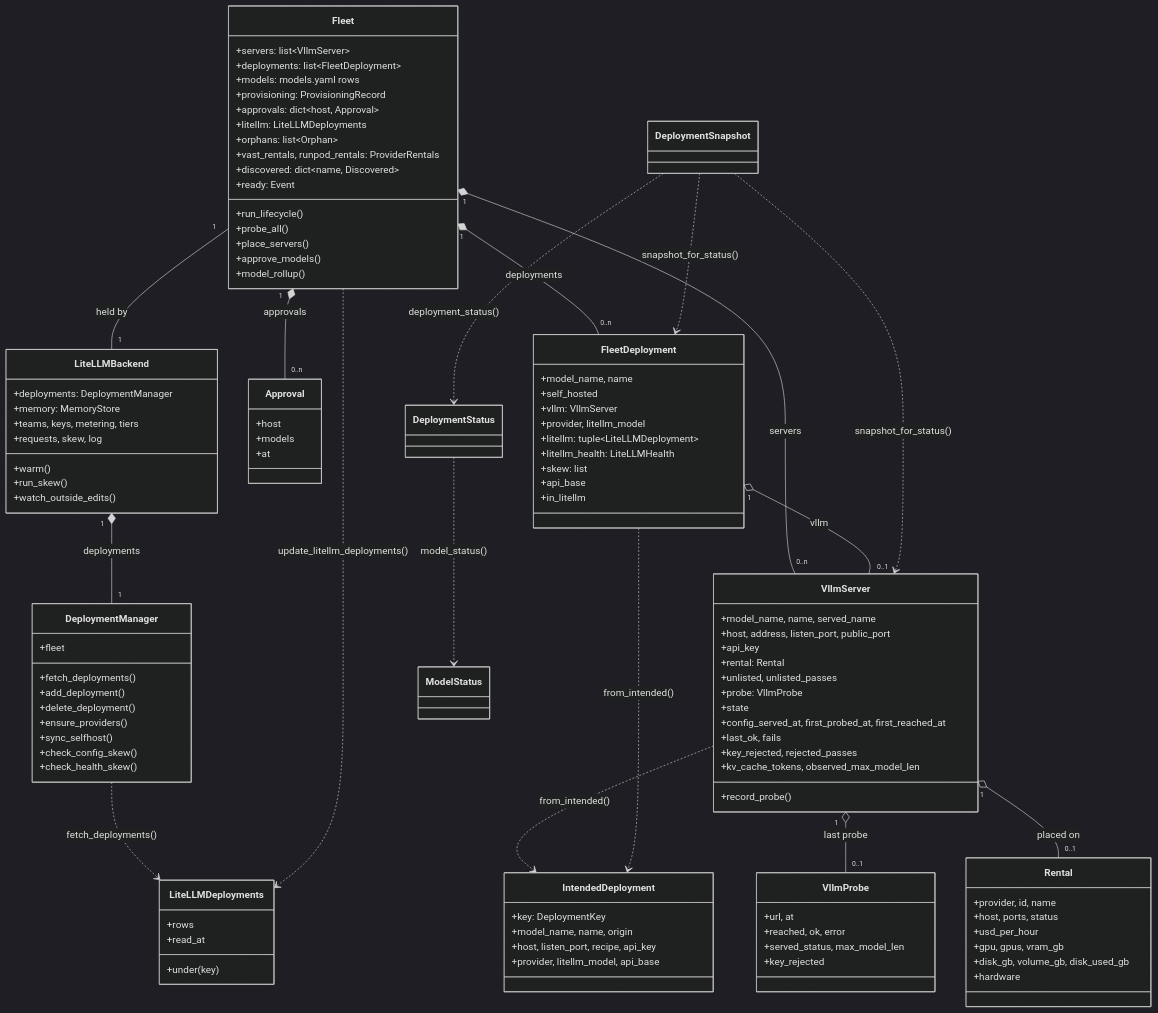
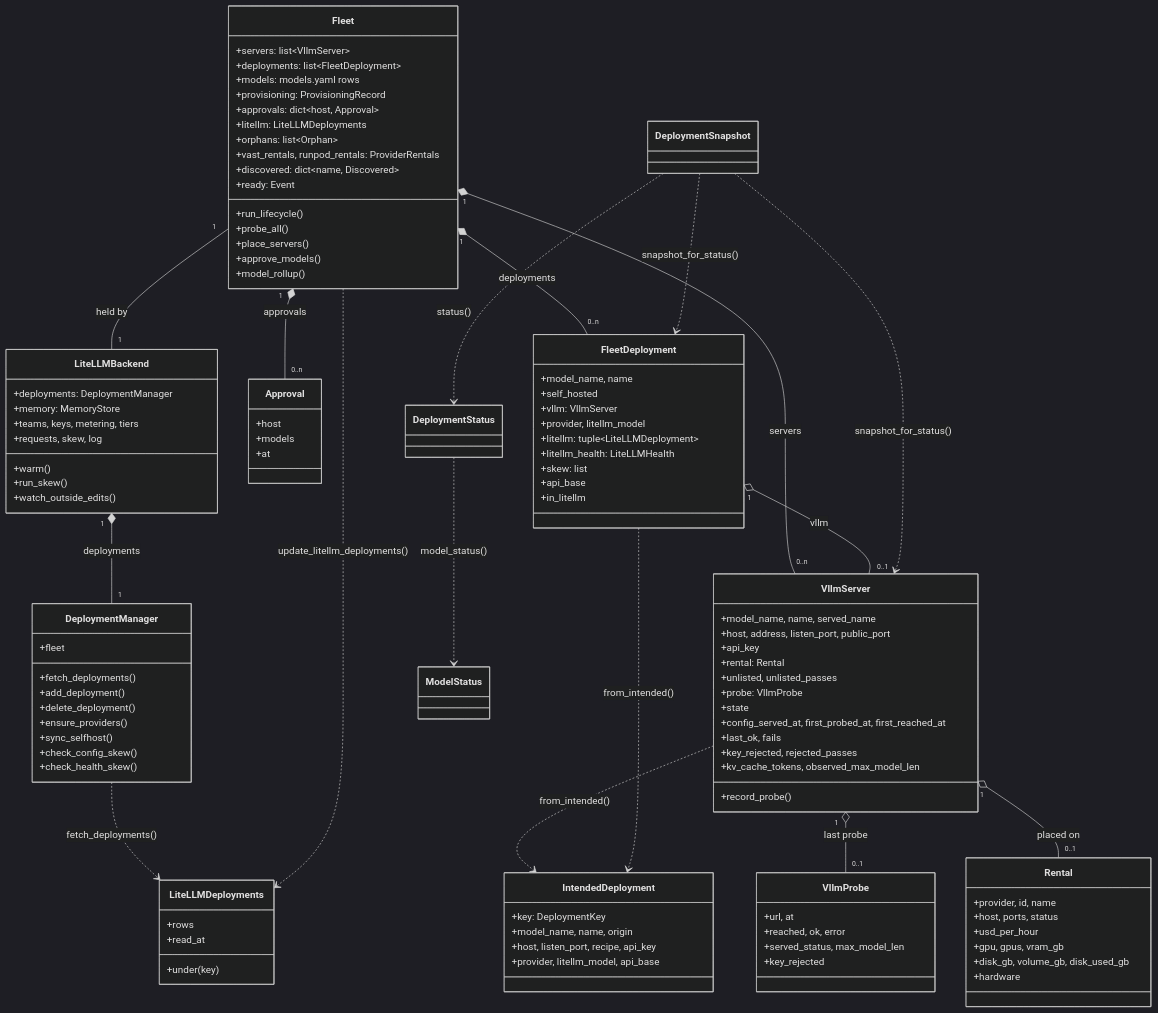
Before and after one commit to apache/tooling-llmao: the third of 4 diagrams in docs/ARCHITECTURE.md, drawn with Mermaid (dark theme). The commit also changed 6 other files, not shown here.

First line of the commit message:
model_status: the snapshot names its own status

````diff
--- a/docs/ARCHITECTURE.md
+++ b/docs/ARCHITECTURE.md
@@ -618,6 +618,6 @@
   Fleet ..> LiteLLMDeployments : update_litellm_deployments()
   DeploymentSnapshot ..> FleetDeployment : snapshot_for_status()
   DeploymentSnapshot ..> VllmServer : snapshot_for_status()
-  DeploymentSnapshot ..> DeploymentStatus : deployment_status()
+  DeploymentSnapshot ..> DeploymentStatus : status()
   DeploymentStatus ..> ModelStatus : model_status()
 ```
````
